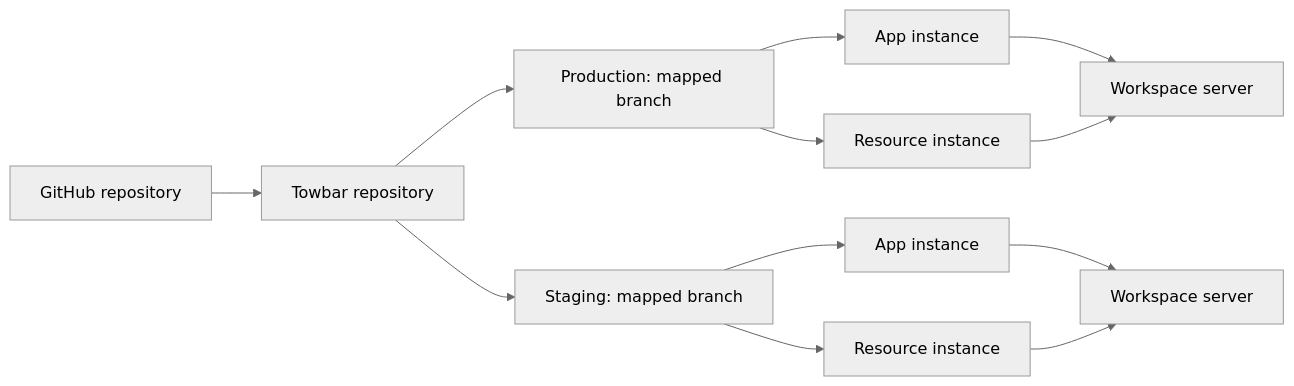
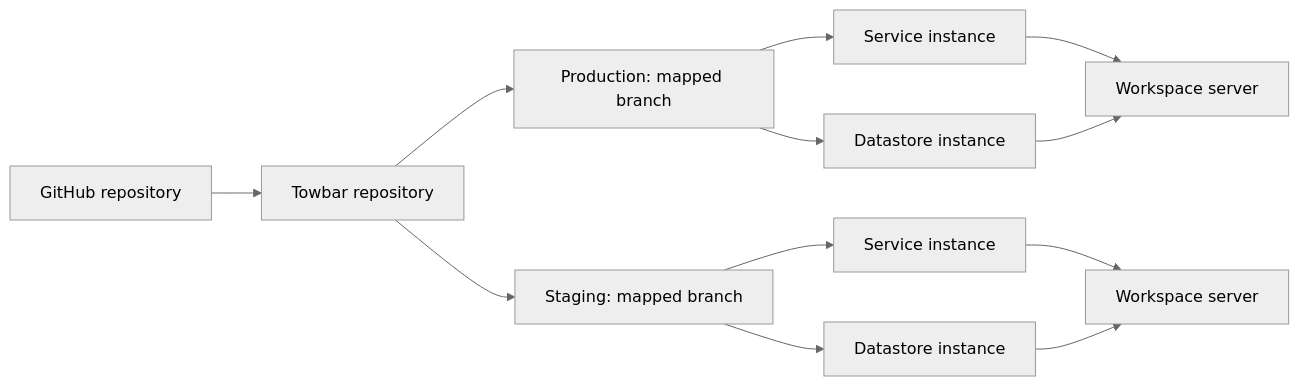
One commit to avgeek-inc/towbar changed the diagram in docs/docs/concepts.mdx. Above: the diagram before and after it, drawn with Mermaid (neutral theme). The commit also changed other lines of this file and 164 other files, not shown here.

````diff
--- a/docs/docs/concepts.mdx
+++ b/docs/docs/concepts.mdx
@@ -25,14 +25,14 @@
 ```mermaid
 flowchart LR
   GitHub[GitHub repository] --> Repository[Towbar repository]
   Repository --> Production[Production: mapped branch]
   Repository --> Staging[Staging: mapped branch]
-  Production --> ProductionApp[App instance]
-  Production --> ProductionDB[Resource instance]
-  Staging --> StagingApp[App instance]
-  Staging --> StagingDB[Resource instance]
+  Production --> ProductionApp[Service instance]
+  Production --> ProductionDB[Datastore instance]
+  Staging --> StagingApp[Service instance]
+  Staging --> StagingDB[Datastore instance]
   ProductionApp --> Server[Workspace server]
   ProductionDB --> Server
   StagingApp --> OtherServer[Workspace server]
   StagingDB --> OtherServer
 ```
````
